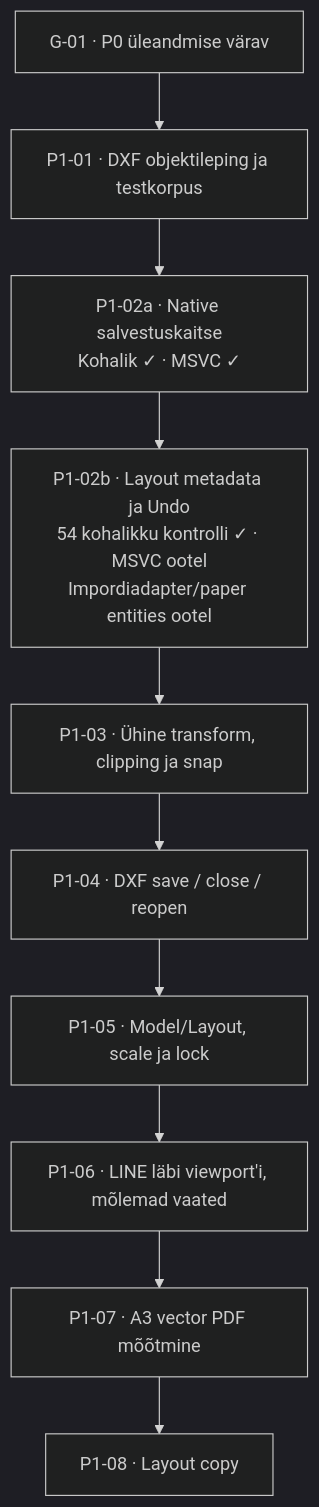
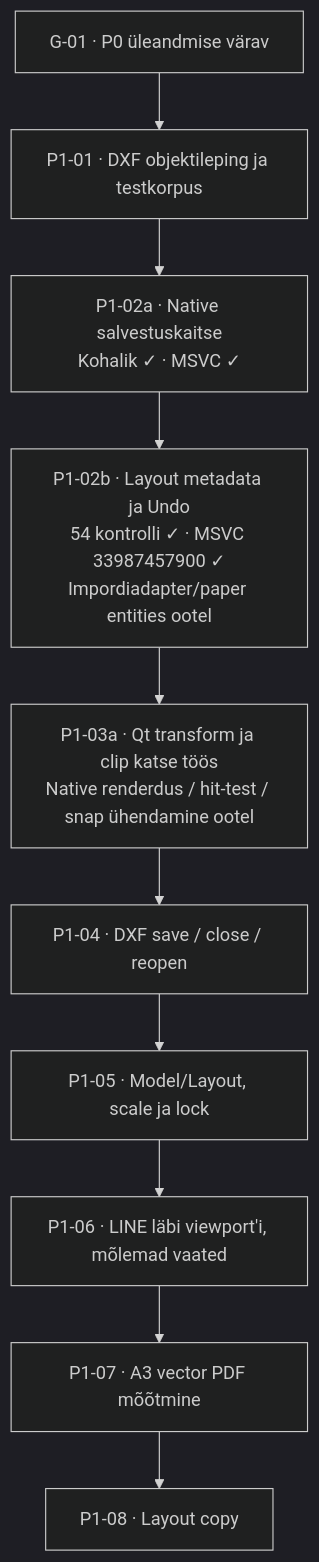
Before and after one commit to T3stin-svg/kuubik-draw-native: the second of 2 diagrams in docs/ROADMAP.md, drawn with Mermaid (dark theme). The commit also changed other lines of this file and 16 other files, not shown here.

````diff
--- a/docs/ROADMAP.md
+++ b/docs/ROADMAP.md
@@ -134,12 +152,12 @@
 ```mermaid
 flowchart TD
     G["G-01 · P0 üleandmise värav"] --> A["P1-01 · DXF objektileping ja testkorpus"]
     A --> S["P1-02a · Native salvestuskaitse<br/>Kohalik ✓ · MSVC ✓"]
-    S --> B["P1-02b · Layout metadata ja Undo<br/>54 kohalikku kontrolli ✓ · MSVC ootel<br/>Impordiadapter/paper entities ootel"]
-    B --> C["P1-03 · Ühine transform, clipping ja snap"]
+    S --> B["P1-02b · Layout metadata ja Undo<br/>54 kontrolli ✓ · MSVC 33987457900 ✓<br/>Impordiadapter/paper entities ootel"]
+    B --> C["P1-03a · Qt transform ja clip katse töös<br/>Native renderdus / hit-test / snap ühendamine ootel"]
     C --> D["P1-04 · DXF save / close / reopen"]
     D --> E["P1-05 · Model/Layout, scale ja lock"]
     E --> F["P1-06 · LINE läbi viewport'i, mõlemad vaated"]
     F --> H["P1-07 · A3 vector PDF mõõtmine"]
     H --> I["P1-08 · Layout copy"]
 ```
````
